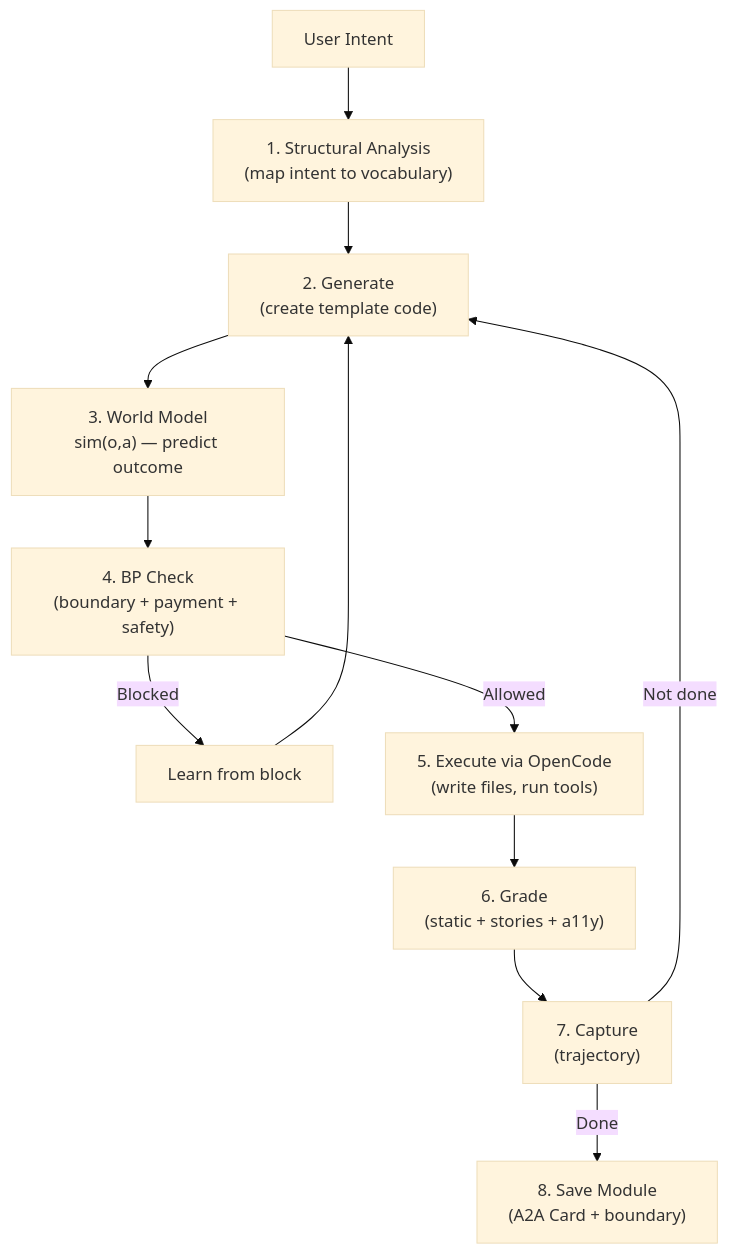
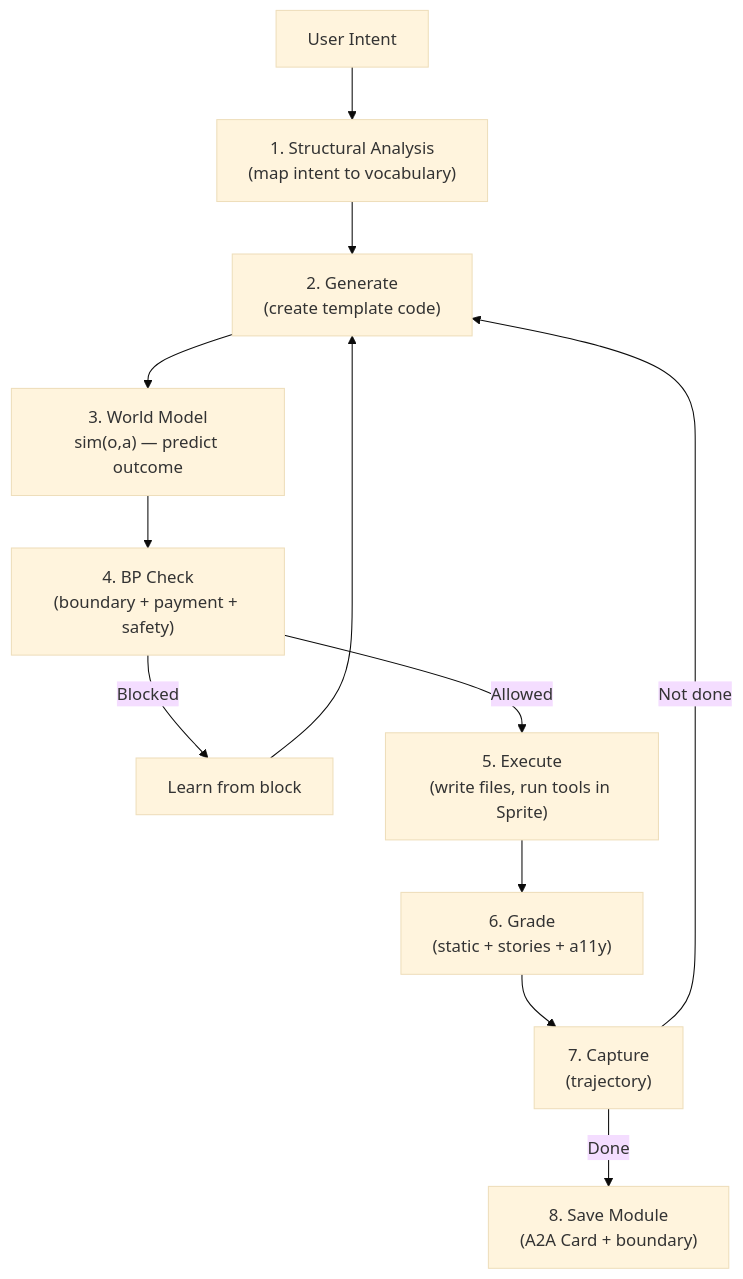
The tenth of 12 diagrams in PLAITED-AGENT-PLAN.md (plaited/plaited), drawn with Mermaid (base theme) before and after one commit. The commit also changed other lines of this file and 1 other file, not shown here.

First line of the commit message:
docs(agent): add OpenCode as sandbox coding runtime, update V8 plan

````diff
--- a/PLAITED-AGENT-PLAN.md
+++ b/PLAITED-AGENT-PLAN.md
@@ -615,14 +654,14 @@
 ```mermaid
 flowchart TB
     Intent["User Intent"] --> Structure["1. Structural Analysis<br/>(map intent to vocabulary)"]
     Structure --> Generate["2. Generate<br/>(create template code)"]
     Generate --> WorldModel["3. World Model<br/>sim(o,a) — predict outcome"]
     WorldModel --> BP["4. BP Check<br/>(boundary + payment + safety)"]
     BP -->|Blocked| Learn["Learn from block"]
     Learn --> Generate
-    BP -->|Allowed| Execute["5. Execute via OpenCode<br/>(write files, run tools)"]
+    BP -->|Allowed| Execute["5. Execute<br/>(write files, run tools in Sprite)"]
     Execute --> Grade["6. Grade<br/>(static + stories + a11y)"]
     Grade --> Capture["7. Capture<br/>(trajectory)"]
     Capture -->|Not done| Generate
     Capture -->|Done| Save["8. Save Module<br/>(A2A Card + boundary)"]
 ```
````
